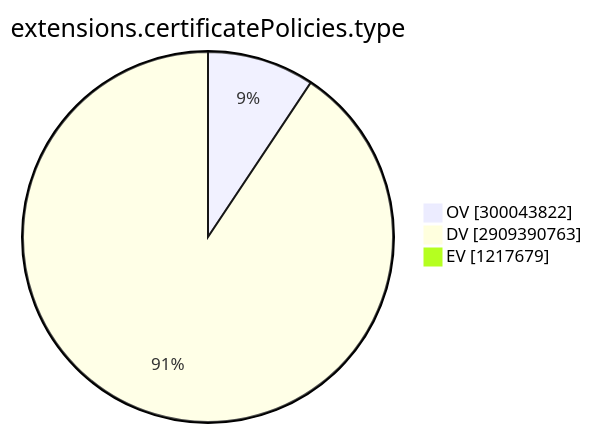
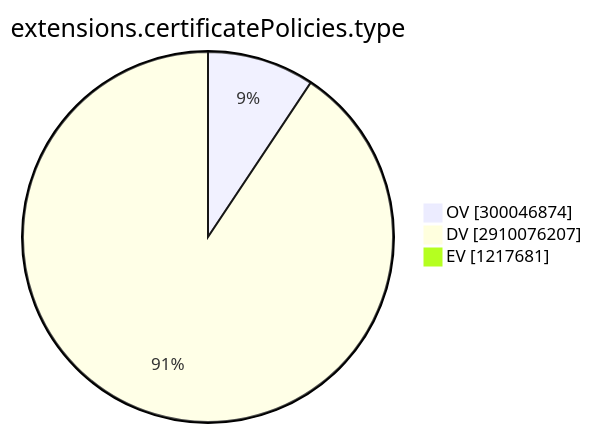
One commit to christiankrug/ctmonitor_visualization changed the ninth of 15 diagrams in TOTAL/README.md. Above: the diagram before and after it, drawn with Mermaid. The commit also changed other lines of this file, not shown here.

````diff
--- a/TOTAL/README.md
+++ b/TOTAL/README.md
@@ -3101,7 +3101,7 @@
 ```mermaid
 pie showData
 title extensions.certificatePolicies.type
-"OV" :300043822
-"DV" :2909390763
-"EV" :1217679
+"OV" :300046874
+"DV" :2910076207
+"EV" :1217681
 ```
````
